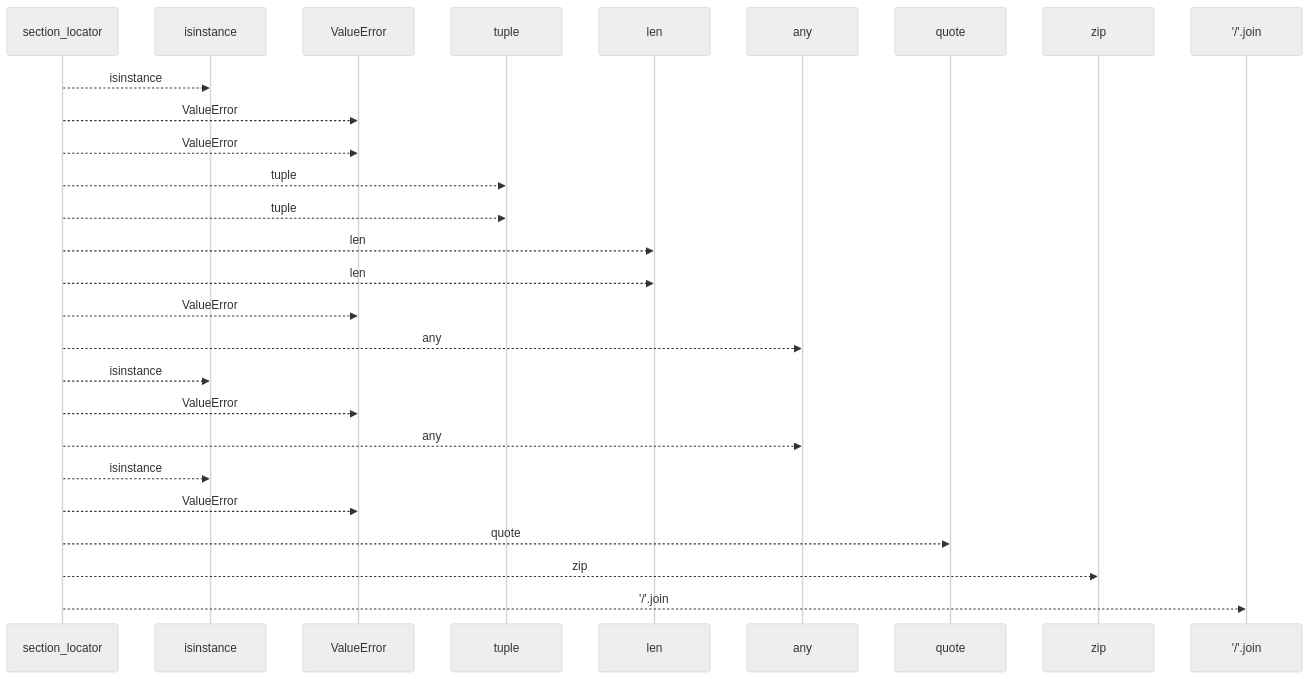
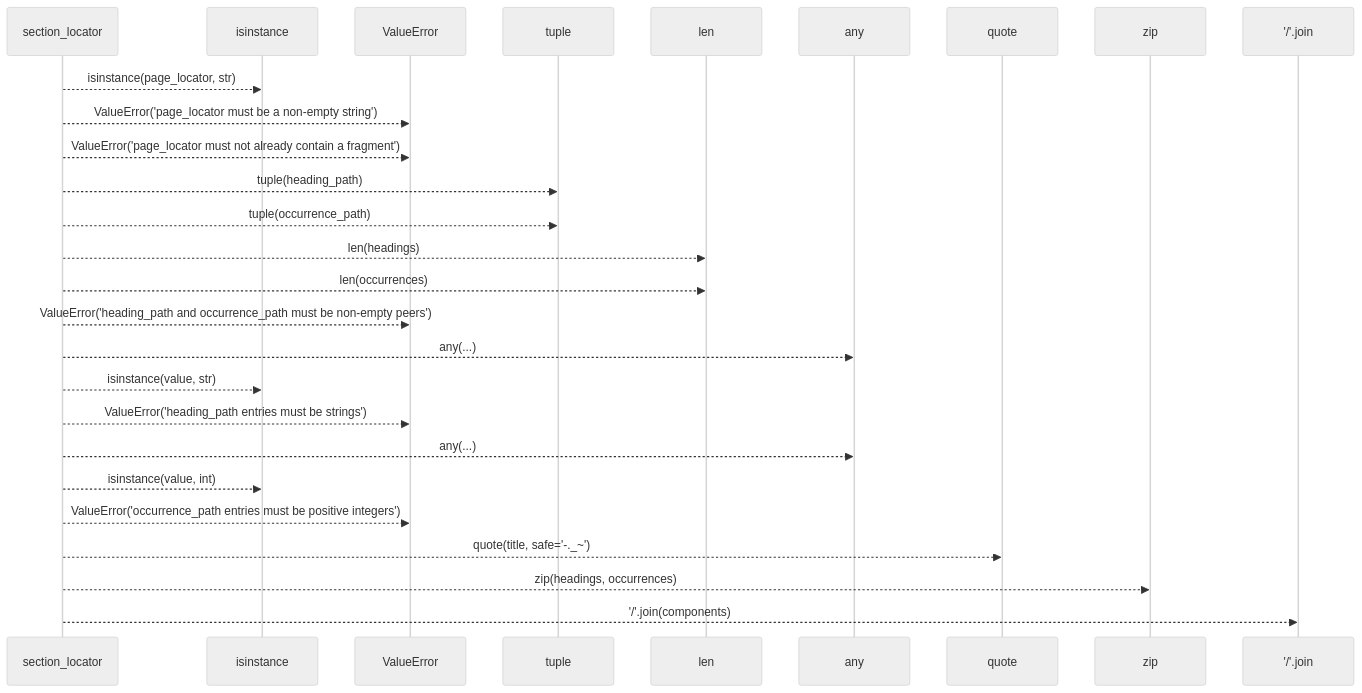
The first of 2 diagrams in docs/llm_wiki/flows/api-section_locator.md (Denissvgn/python-wiki-llm), drawn with Mermaid (neutral theme) before and after one commit. The commit also changed other lines of this file and 1410 other files, not shown here.

````diff
--- a/docs/llm_wiki/flows/api-section_locator.md
+++ b/docs/llm_wiki/flows/api-section_locator.md
@@ -10,29 +12,29 @@
 ```mermaid
 sequenceDiagram
     participant p0 as section_locator
     participant p1 as isinstance
     participant p2 as ValueError
     participant p3 as tuple
     participant p4 as len
     participant p5 as any
     participant p6 as quote
     participant p7 as zip
     participant p8 as '/'.join
-    p0-->>p1: isinstance
-    p0-->>p2: ValueError
-    p0-->>p2: ValueError
-    p0-->>p3: tuple
-    p0-->>p3: tuple
-    p0-->>p4: len
-    p0-->>p4: len
-    p0-->>p2: ValueError
-    p0-->>p5: any
-    p0-->>p1: isinstance
-    p0-->>p2: ValueError
-    p0-->>p5: any
-    p0-->>p1: isinstance
-    p0-->>p2: ValueError
-    p0-->>p6: quote
-    p0-->>p7: zip
-    p0-->>p8: '/'.join
+    p0-->>p1: isinstance(page_locator, str)
+    p0-->>p2: ValueError('page_locator must be a non-empty string')
+    p0-->>p2: ValueError('page_locator must not already contain a fragment')
+    p0-->>p3: tuple(heading_path)
+    p0-->>p3: tuple(occurrence_path)
+    p0-->>p4: len(headings)
+    p0-->>p4: len(occurrences)
+    p0-->>p2: ValueError('heading_path and occurrence_path must be non-empty peers')
+    p0-->>p5: any(...)
+    p0-->>p1: isinstance(value, str)
+    p0-->>p2: ValueError('heading_path entries must be strings')
+    p0-->>p5: any(...)
+    p0-->>p1: isinstance(value, int)
+    p0-->>p2: ValueError('occurrence_path entries must be positive integers')
+    p0-->>p6: quote(title, safe='-._~')
+    p0-->>p7: zip(headings, occurrences)
+    p0-->>p8: '/'.join(components)
 ```
````
